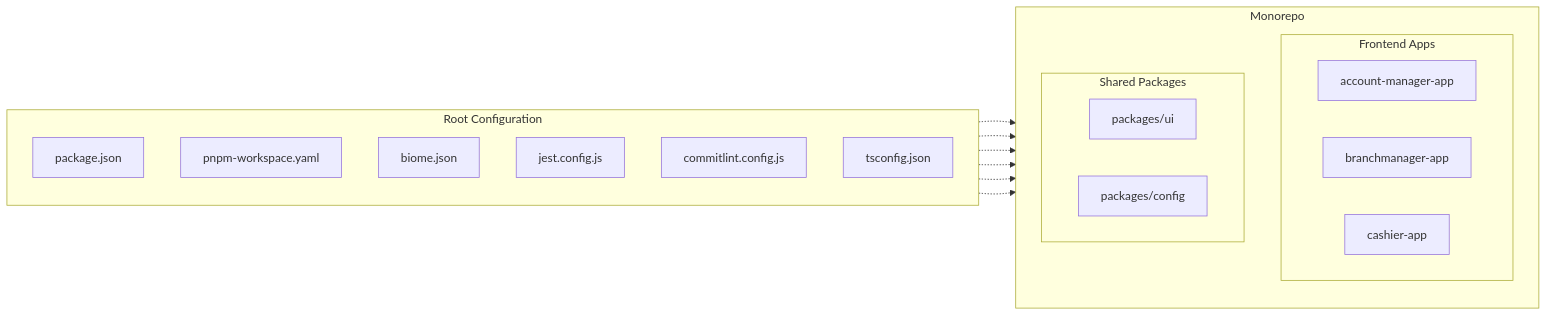
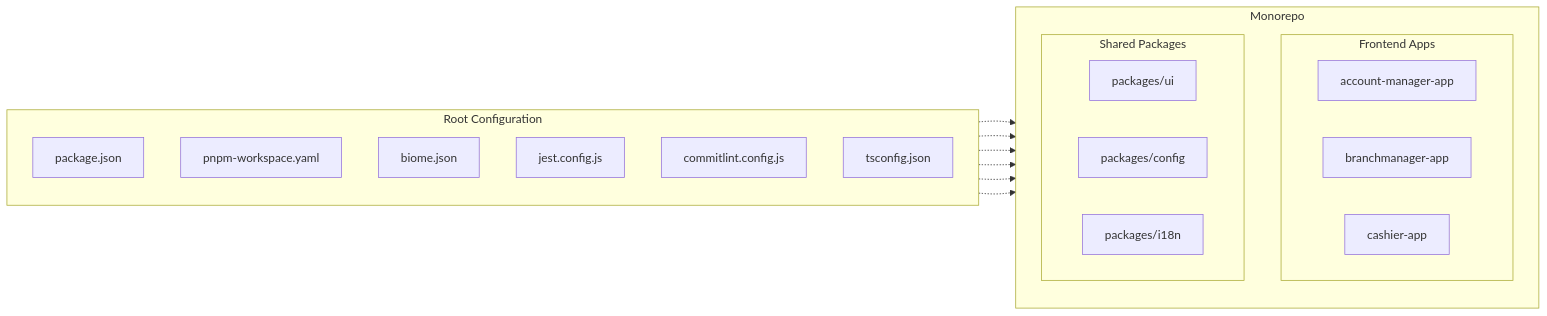
Before and after one commit to ADORSYS-GIS/fineract-apps: the third of 3 diagrams in docs/architecture-guide.md, drawn with Mermaid. The commit also changed other lines of this file and 25 other files, not shown here.

````diff
--- a/docs/architecture-guide.md
+++ b/docs/architecture-guide.md
@@ -69,33 +75,34 @@
 ```mermaid
 graph LR;
     subgraph Root Configuration
         direction TB
         RootPackageJson[package.json]
         PnpmWorkspace[pnpm-workspace.yaml]
         BiomeJson[biome.json]
         JestConfig[jest.config.js]
         CommitLint[commitlint.config.js]
         TSConfig[tsconfig.json]
     end
 
     subgraph Monorepo
         direction TB
         subgraph Frontend Apps
             A[account-manager-app]
             B[branchmanager-app]
             C[cashier-app]
         end
 
         subgraph Shared Packages
             UI[packages/ui]
             Config[packages/config]
+            I18n[packages/i18n]
         end
     end
 
     RootPackageJson -.-> Monorepo;
     PnpmWorkspace -.-> Monorepo;
     BiomeJson -.-> Monorepo;
     JestConfig -.-> Monorepo;
     CommitLint -.-> Monorepo;
     TSConfig -.-> Monorepo;
 ```
````
